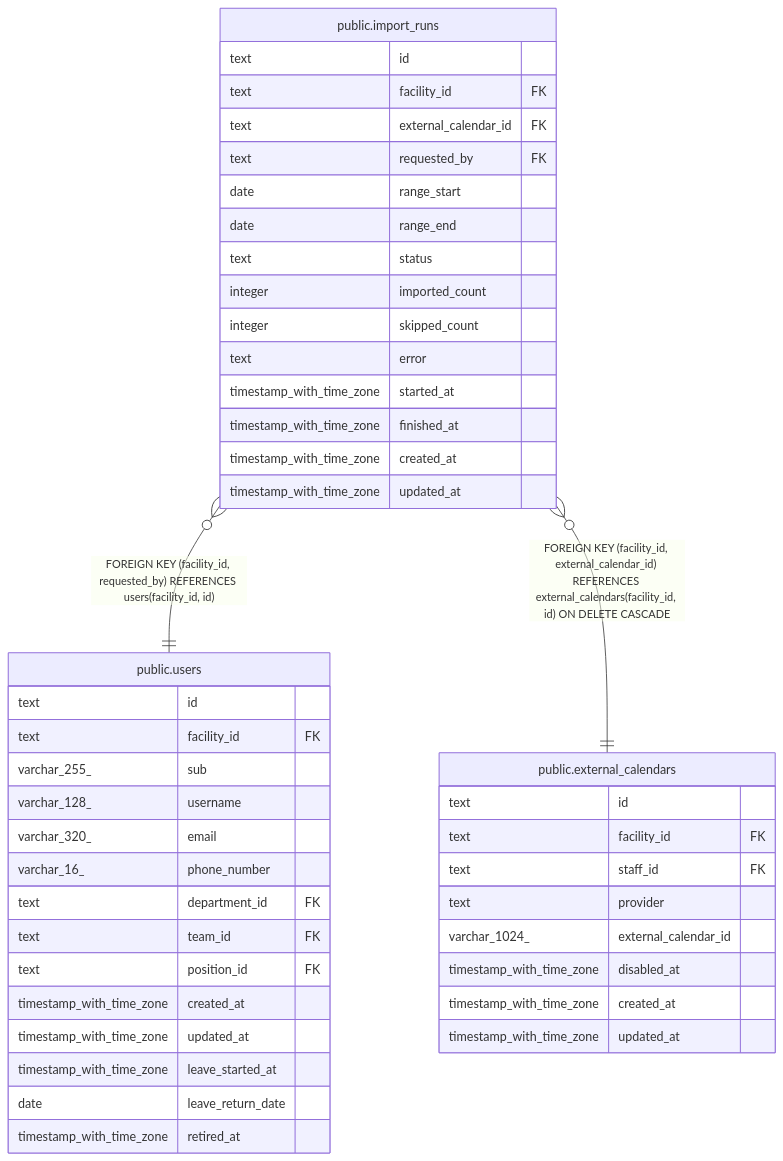
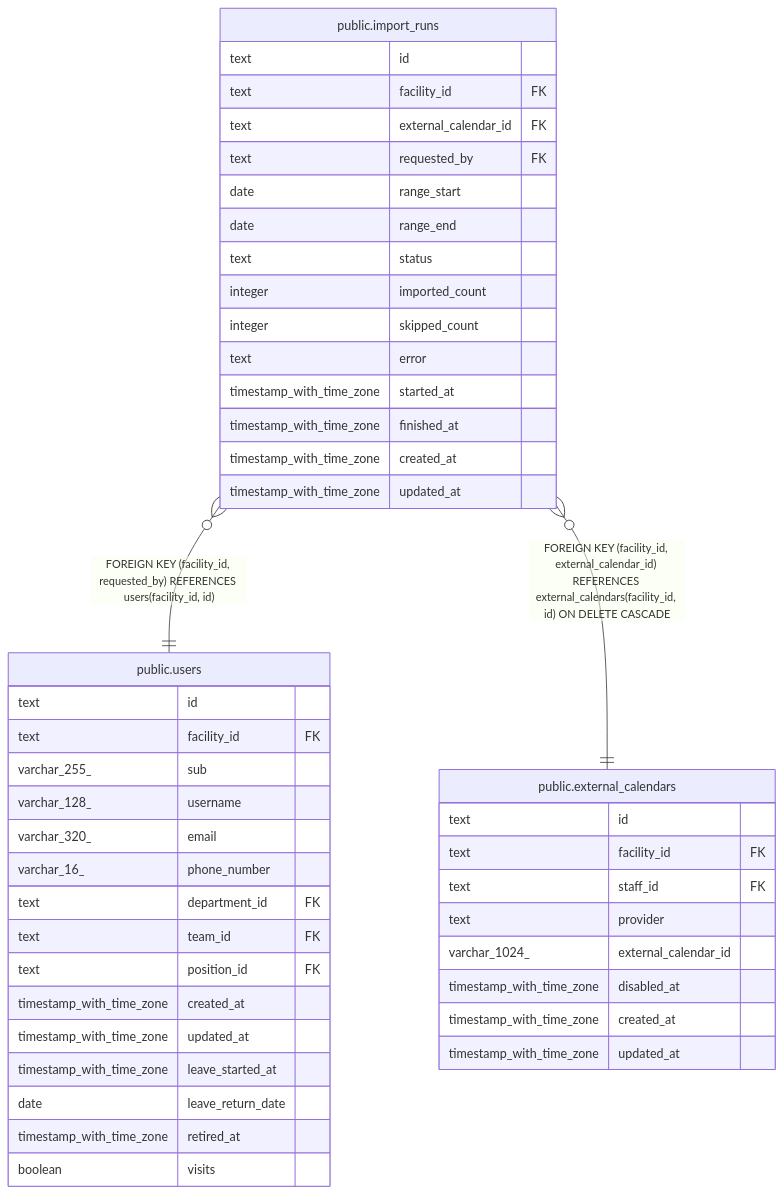
One commit to Fukuemon/buddy changed the diagram in docs/db/schedule/public.import_runs.md. Above: the diagram before and after it, drawn with Mermaid. The commit also changed 26 other files, not shown here.

````diff
--- a/docs/db/schedule/public.import_runs.md
+++ b/docs/db/schedule/public.import_runs.md
@@ -73,49 +73,50 @@
 ```mermaid
 erDiagram
 
 "public.import_runs" }o--|| "public.users" : "FOREIGN KEY (facility_id, requested_by) REFERENCES users(facility_id, id)"
 "public.import_runs" }o--|| "public.external_calendars" : "FOREIGN KEY (facility_id, external_calendar_id) REFERENCES external_calendars(facility_id, id) ON DELETE CASCADE"
 
 "public.import_runs" {
   text id
   text facility_id FK
   text external_calendar_id FK
   text requested_by FK
   date range_start
   date range_end
   text status
   integer imported_count
   integer skipped_count
   text error
   timestamp_with_time_zone started_at
   timestamp_with_time_zone finished_at
   timestamp_with_time_zone created_at
   timestamp_with_time_zone updated_at
 }
 "public.users" {
   text id
   text facility_id FK
   varchar_255_ sub
   varchar_128_ username
   varchar_320_ email
   varchar_16_ phone_number
   text department_id FK
   text team_id FK
   text position_id FK
   timestamp_with_time_zone created_at
   timestamp_with_time_zone updated_at
   timestamp_with_time_zone leave_started_at
   date leave_return_date
   timestamp_with_time_zone retired_at
+  boolean visits
 }
 "public.external_calendars" {
   text id
   text facility_id FK
   text staff_id FK
   text provider
   varchar_1024_ external_calendar_id
   timestamp_with_time_zone disabled_at
   timestamp_with_time_zone created_at
   timestamp_with_time_zone updated_at
 }
 ```
````
